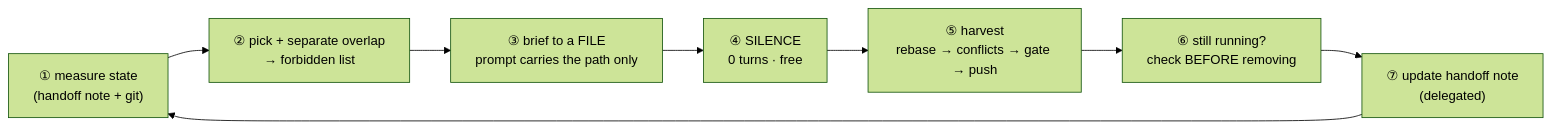
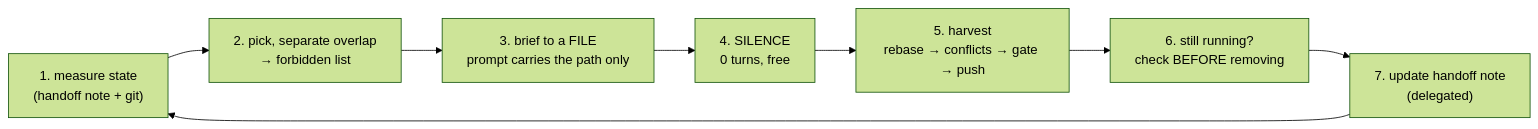
Before and after one commit to sh5623/parallel-worktree: the first of 2 diagrams in README.md, drawn with Mermaid (forest theme). The commit also changed other lines of this file and 1 other file, not shown here.

````diff
--- a/README.md
+++ b/README.md
@@ -53,10 +92,10 @@
 ```mermaid
 flowchart LR
-    A["① measure state<br/>(handoff note + git)"] --> B["② pick + separate overlap<br/>→ forbidden list"]
-    B --> C["③ brief to a FILE<br/>prompt carries the path only"]
-    C --> D["④ SILENCE<br/>0 turns · free"]
-    D --> E["⑤ harvest<br/>rebase → conflicts → gate → push"]
-    E --> F["⑥ still running?<br/>check BEFORE removing"]
-    F --> G["⑦ update handoff note<br/>(delegated)"]
+    A["1. measure state<br/>(handoff note + git)"] --> B["2. pick, separate overlap<br/>→ forbidden list"]
+    B --> C["3. brief to a FILE<br/>prompt carries the path only"]
+    C --> D["4. SILENCE<br/>0 turns, free"]
+    D --> E["5. harvest<br/>rebase → conflicts → gate → push"]
+    E --> F["6. still running?<br/>check BEFORE removing"]
+    F --> G["7. update handoff note<br/>(delegated)"]
     G --> A
 ```
````
